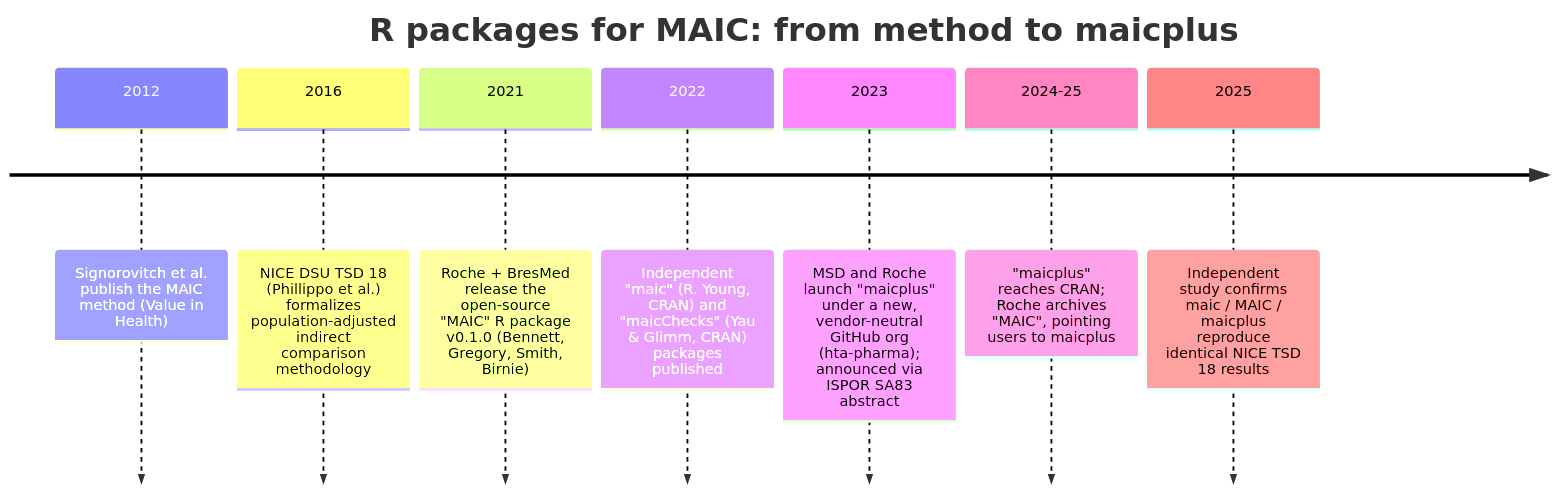
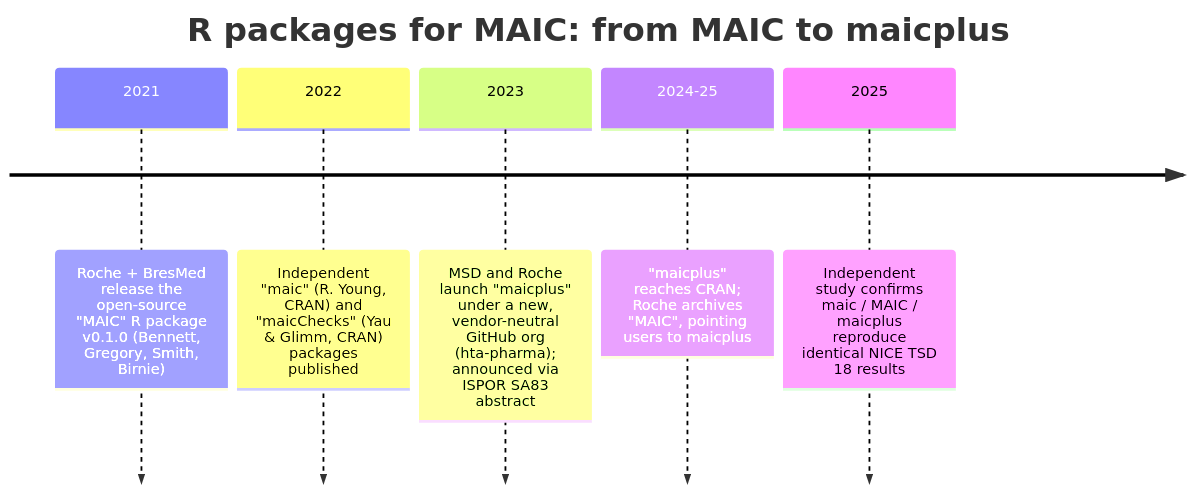
The second of 3 diagrams in public/MAIC_R/maicplus-intro.qmd (prog-workshop/statprogworkshop), drawn with Mermaid before and after one commit. The commit also changed other lines of this file and 38 other files, not shown here.

````diff
--- a/public/MAIC_R/maicplus-intro.qmd
+++ b/public/MAIC_R/maicplus-intro.qmd
@@ -78,11 +41,9 @@
 ```{mermaid}
 timeline
-    title R packages for MAIC: from method to maicplus
-    2012 : Signorovitch et al. publish the MAIC method (Value in Health)
-    2016 : NICE DSU TSD 18 (Phillippo et al.) formalizes population-adjusted indirect comparison methodology
+    title R packages for MAIC: from MAIC to maicplus
     2021 : Roche + BresMed release the open-source "MAIC" R package v0.1.0 (Bennett, Gregory, Smith, Birnie)
     2022 : Independent "maic" (R. Young, CRAN) and "maicChecks" (Yau & Glimm, CRAN) packages published
     2023 : MSD and Roche launch "maicplus" under a new, vendor-neutral GitHub org (hta-pharma); announced via ISPOR SA83 abstract
     2024-25 : "maicplus" reaches CRAN; Roche archives "MAIC", pointing users to maicplus
     2025 : Independent study confirms maic / MAIC / maicplus reproduce identical NICE TSD 18 results
 ```
````
